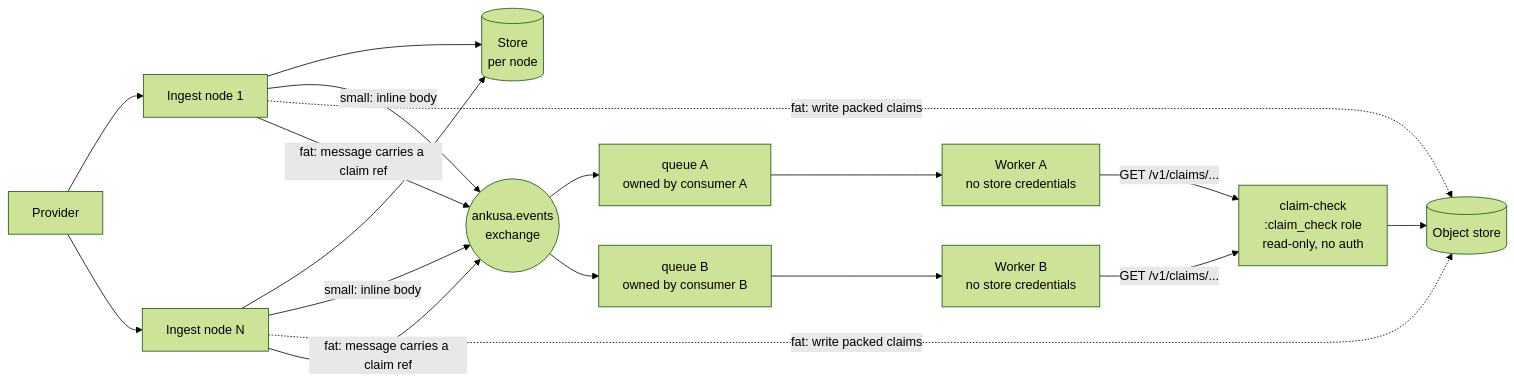
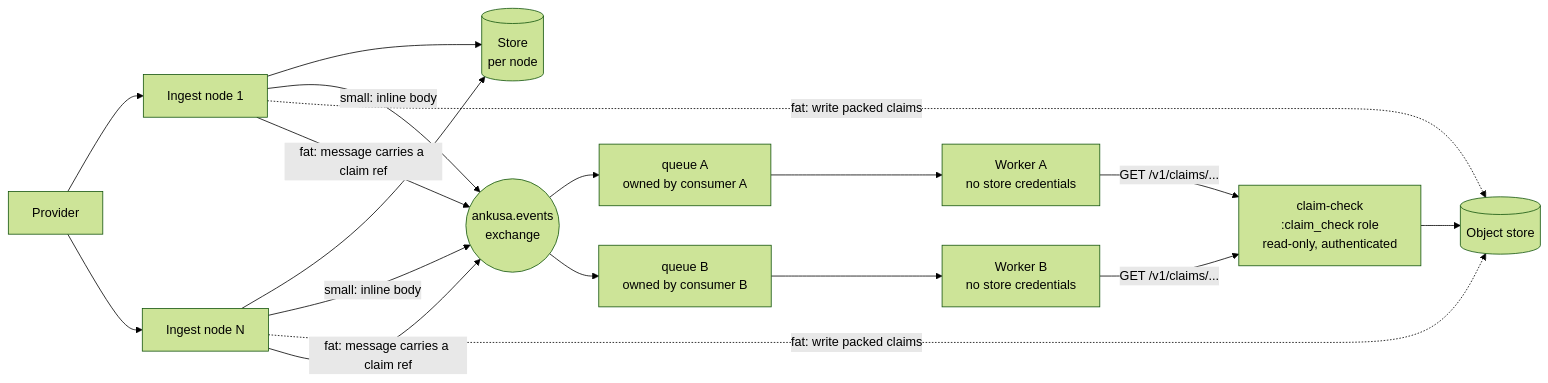
One commit to jamescarr/ankusa changed the fifth of 6 diagrams in docs/architecture.md. Above: the diagram before and after it, drawn with Mermaid (forest theme). The commit also changed other lines of this file and 62 other files, not shown here.

````diff
--- a/docs/architecture.md
+++ b/docs/architecture.md
@@ -411,15 +411,15 @@
 ```mermaid
 flowchart LR
     P[Provider] --> E1[Ingest node 1]
     P --> E2[Ingest node N]
     E1 & E2 --> S[("Store\nper node")]
     E1 & E2 -->|small: inline body| X(("ankusa.events\nexchange"))
     E1 & E2 -.fat: write packed claims.-> Obj[("Object store")]
     E1 & E2 -->|"fat: message carries a claim ref"| X
     X --> QA[queue A\nowned by consumer A]
     X --> QB[queue B\nowned by consumer B]
     QA --> CA[Worker A\nno store credentials]
     QB --> CB[Worker B\nno store credentials]
-    CA & CB -->|GET /v1/claims/...| CC["claim-check\n:claim_check role\nread-only, no auth"]
+    CA & CB -->|GET /v1/claims/...| CC["claim-check\n:claim_check role\nread-only, authenticated"]
     CC --> Obj
 ```
````
